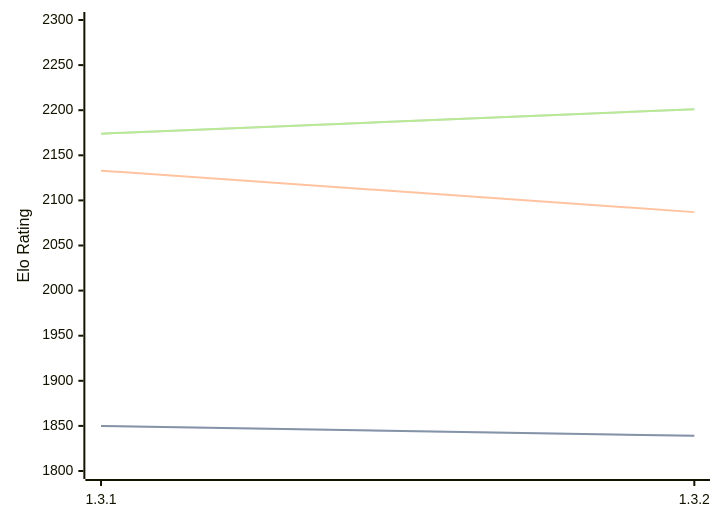
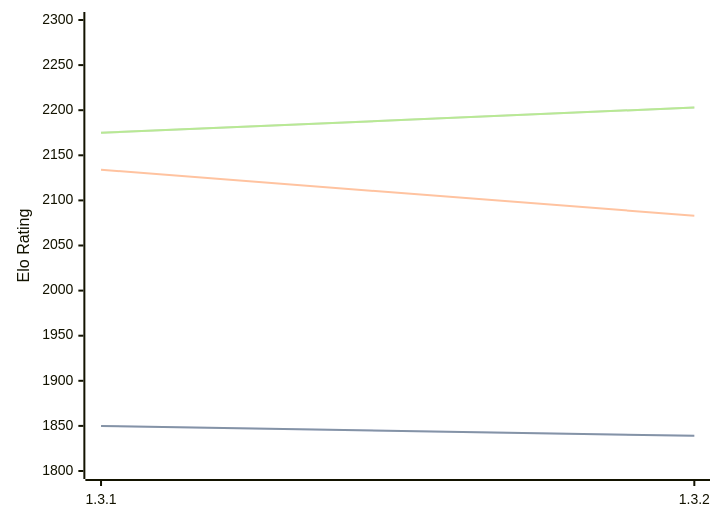
One commit to computer-chess-index/cci changed the diagram in engines/Zugblitz.md. Above: the diagram before and after it, drawn with Mermaid. The commit also changed other lines of this file, not shown here.

Commit message:
Update CCI Ratings (ELO VLTC) - 2026-08-15

````diff
--- a/engines/Zugblitz.md
+++ b/engines/Zugblitz.md
@@ -32,11 +32,11 @@
 ```mermaid
 %%{init: {"theme":"base","themeVariables":{"seriesColors:['#a3a3a3','#222221','#faa371']}}}%%
 xychart-beta
   x-axis ["1.3.1", "1.3.2"]
   y-axis "Elo Rating" 1800 --> 2300
   line "STC (8.0+0.08s)" [1850, 1839]
   line "STC (8.0+0.08s)" [1850, 1839]
-  line "LTC (60.0+0.60s)" [2133, 2087]
-  line "VLTC (2m24s+1.12s)" [2174, 2201]
-  line "VLTC (2m24s+1.12s)" [2174, 2201]
+  line "LTC (60.0+0.60s)" [2134, 2083]
+  line "VLTC (2m24s+1.12s)" [2175, 2203]
+  line "VLTC (2m24s+1.12s)" [2175, 2203]
 ```
````
